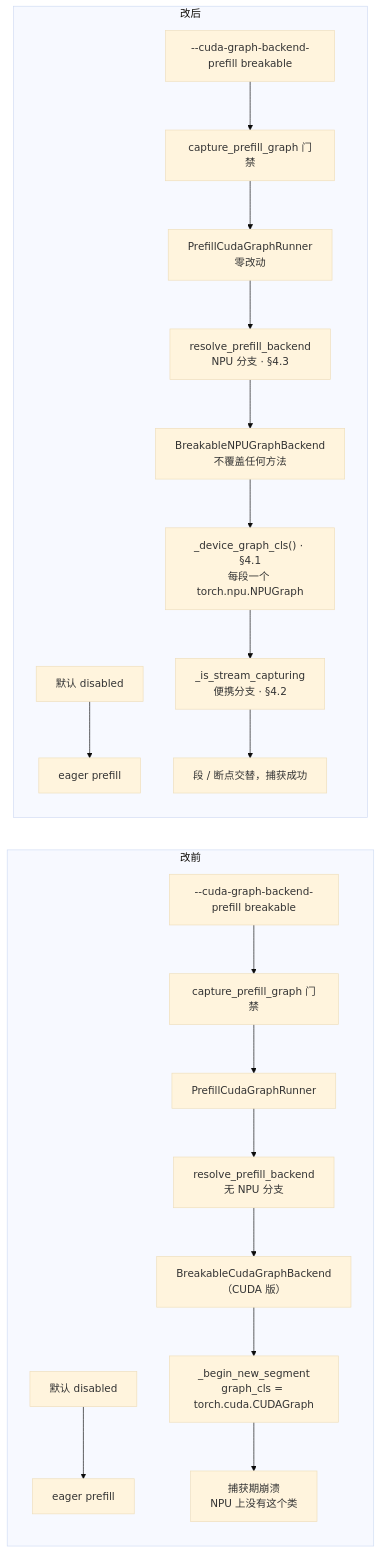
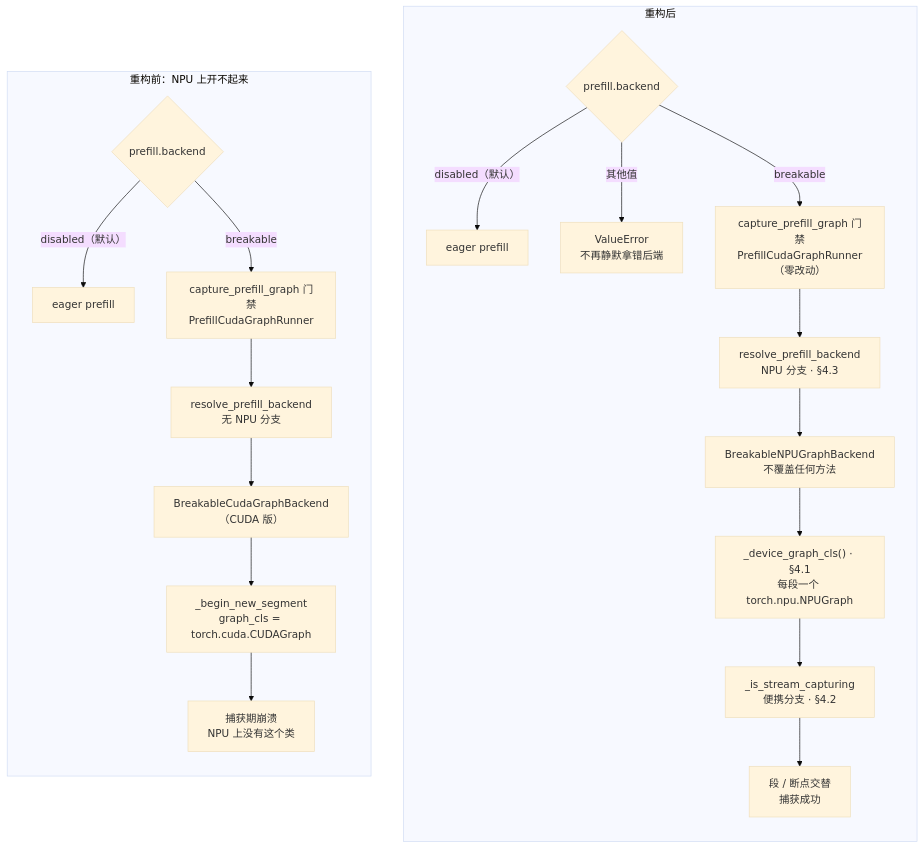
Before and after one commit to kyrotiko/sglang-docs: the fifth of 8 diagrams in FE/BreakableNPUGraphBackend设计方案/README.md, drawn with Mermaid (base theme). The commit also changed other lines of this file, not shown here.

Commit message:
Rename section 4 to the refactor comparison and lay its diagram out left/right
The two comparison columns were stacking vertically: each subgraph held two
disconnected chains (the disabled-default lane and the breakable lane), and
four disconnected components make dagre rank them top to bottom regardless
of the parent LR.

Each column is now one connected graph branching from a prefill.backend
decision node, plus an invisible A1 ~~~ B1 edge to pin the two subgraphs on
the same rank, so they render side by side. The ValueError for a non-breakable
value is now a branch in the diagram rather than a sentence under it.

Section title and the three code tables say 重构前/重构后. The two tables in
5.3 stay 修复前/修复后 -- those are bug fixes inside the DSV4 adaptation, not
part of the refactor.

````diff
--- a/FE/BreakableNPUGraphBackend设计方案/README.md
+++ b/FE/BreakableNPUGraphBackend设计方案/README.md
@@ -146,24 +146,26 @@
 ```mermaid
 flowchart LR
-    subgraph BEFORE["改前"]
+    subgraph BEFORE["重构前：NPU 上开不起来"]
         direction TB
-        A0["默认 disabled"] --> A1["eager prefill"]
-        A2["--cuda-graph-backend-prefill breakable"] --> A3["capture_prefill_graph 门禁"]
-        A3 --> A4["PrefillCudaGraphRunner"]
-        A4 --> A5["resolve_prefill_backend<br/>无 NPU 分支"]
-        A5 --> A6["BreakableCudaGraphBackend<br/>（CUDA 版）"]
-        A6 --> A7["_begin_new_segment<br/>graph_cls = torch.cuda.CUDAGraph"]
-        A7 --> A8["捕获期崩溃<br/>NPU 上没有这个类"]
+        A1{"prefill.backend"}
+        A1 -->|"disabled（默认）"| A2["eager prefill"]
+        A1 -->|"breakable"| A3["capture_prefill_graph 门禁<br/>PrefillCudaGraphRunner"]
+        A3 --> A4["resolve_prefill_backend<br/>无 NPU 分支"]
+        A4 --> A5["BreakableCudaGraphBackend<br/>（CUDA 版）"]
+        A5 --> A6["_begin_new_segment<br/>graph_cls = torch.cuda.CUDAGraph"]
+        A6 --> A7["捕获期崩溃<br/>NPU 上没有这个类"]
     end
-    subgraph AFTER["改后"]
+    subgraph AFTER["重构后"]
         direction TB
-        B0["默认 disabled"] --> B1["eager prefill"]
-        B2["--cuda-graph-backend-prefill breakable"] --> B3["capture_prefill_graph 门禁"]
-        B3 --> B4["PrefillCudaGraphRunner<br/>零改动"]
-        B4 --> B5["resolve_prefill_backend<br/>NPU 分支 · §4.3"]
-        B5 --> B6["BreakableNPUGraphBackend<br/>不覆盖任何方法"]
-        B6 --> B7["_device_graph_cls() · §4.1<br/>每段一个 torch.npu.NPUGraph"]
-        B7 --> B8["_is_stream_capturing<br/>便携分支 · §4.2"]
-        B8 --> B9["段 / 断点交替，捕获成功"]
+        B1{"prefill.backend"}
+        B1 -->|"disabled（默认）"| B2["eager prefill"]
+        B1 -->|"其他值"| B9["ValueError<br/>不再静默拿错后端"]
+        B1 -->|"breakable"| B3["capture_prefill_graph 门禁<br/>PrefillCudaGraphRunner（零改动）"]
+        B3 --> B4["resolve_prefill_backend<br/>NPU 分支 · §4.3"]
+        B4 --> B5["BreakableNPUGraphBackend<br/>不覆盖任何方法"]
+        B5 --> B6["_device_graph_cls() · §4.1<br/>每段一个 torch.npu.NPUGraph"]
+        B6 --> B7["_is_stream_capturing<br/>便携分支 · §4.2"]
+        B7 --> B8["段 / 断点交替<br/>捕获成功"]
     end
+    A1 ~~~ B1
 ```
````
